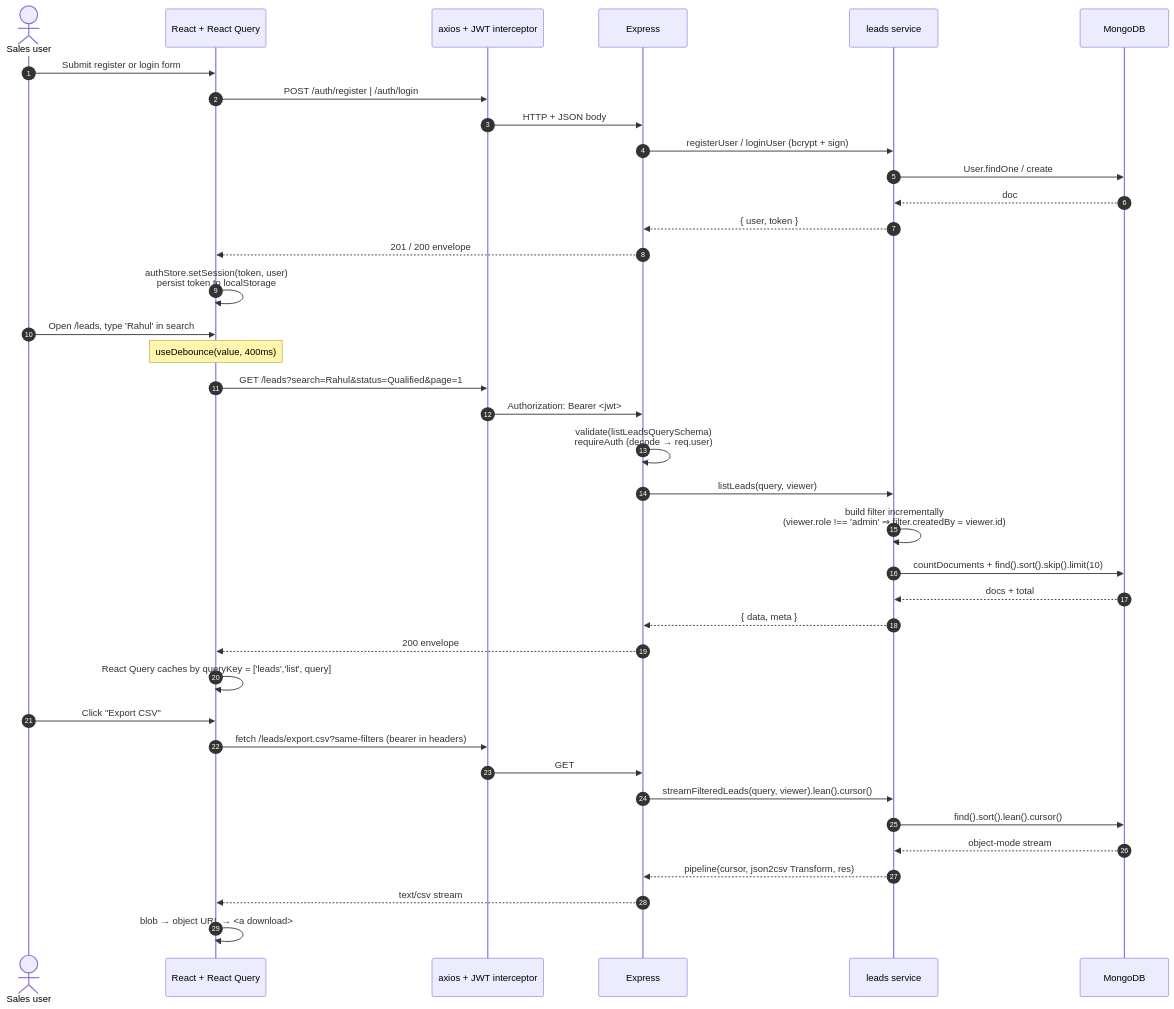
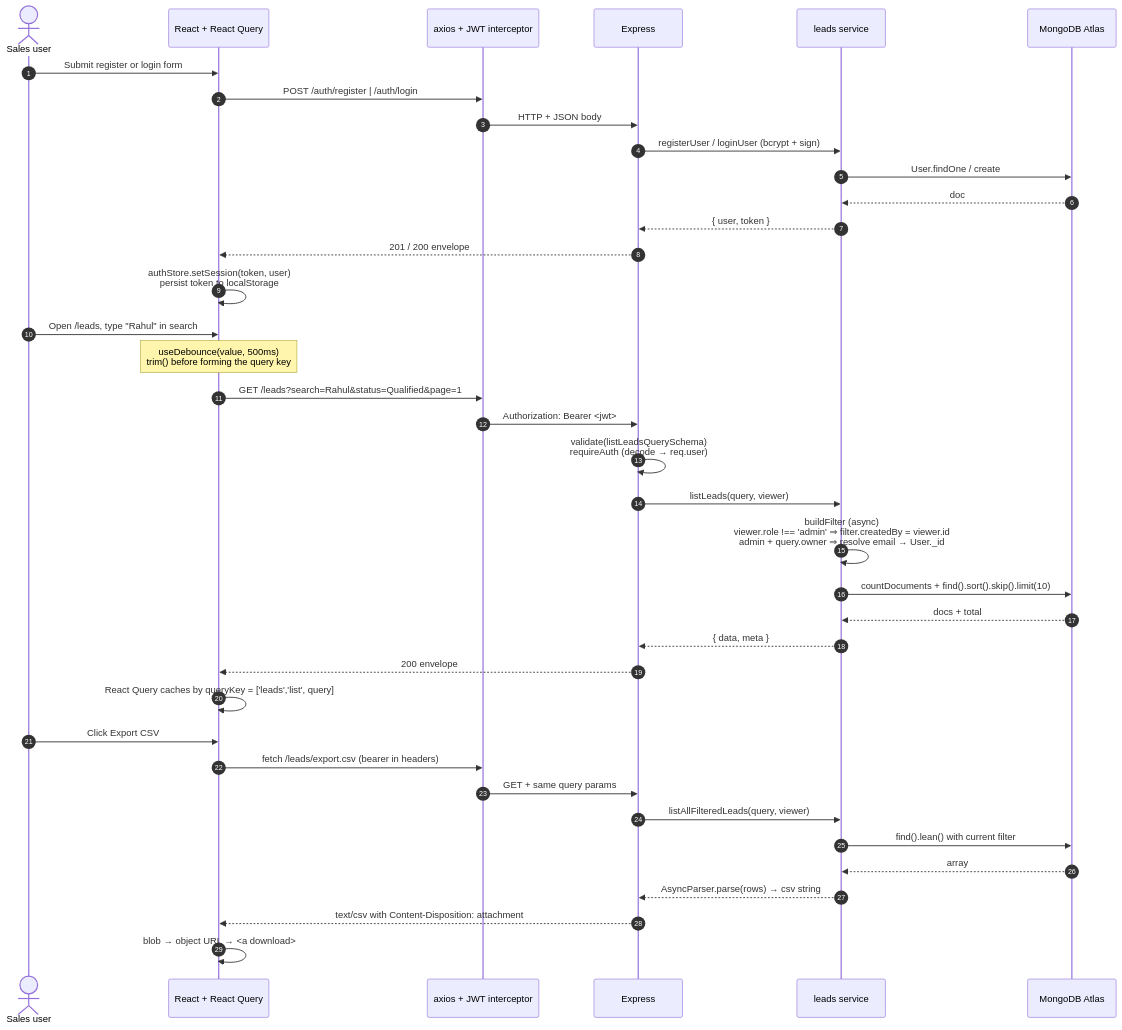
One commit to aaditya09750/Leadsrack changed the third of 6 diagrams in ARCHITECTURE.md. Above: the diagram before and after it, drawn with Mermaid. The commit also changed other lines of this file and 5 other files, not shown here.

````diff
--- a/ARCHITECTURE.md
+++ b/ARCHITECTURE.md
@@ -54,43 +56,43 @@
 ```mermaid
 sequenceDiagram
   autonumber
   actor S as Sales user
   participant UI as React + React Query
   participant AX as axios + JWT interceptor
   participant API as Express
   participant SVC as leads service
-  participant DB as MongoDB
+  participant DB as MongoDB Atlas
 
   S->>UI: Submit register or login form
   UI->>AX: POST /auth/register | /auth/login
   AX->>API: HTTP + JSON body
   API->>SVC: registerUser / loginUser (bcrypt + sign)
   SVC->>DB: User.findOne / create
   DB-->>SVC: doc
   SVC-->>API: { user, token }
   API-->>UI: 201 / 200 envelope
   UI->>UI: authStore.setSession(token, user)<br/>persist token to localStorage
 
-  S->>UI: Open /leads, type 'Rahul' in search
-  Note over UI: useDebounce(value, 400ms)
+  S->>UI: Open /leads, type "Rahul" in search
+  Note over UI: useDebounce(value, 500ms)<br/>trim() before forming the query key
   UI->>AX: GET /leads?search=Rahul&status=Qualified&page=1
   AX->>API: Authorization: Bearer <jwt>
   API->>API: validate(listLeadsQuerySchema)<br/>requireAuth (decode → req.user)
   API->>SVC: listLeads(query, viewer)
-  SVC->>SVC: build filter incrementally<br/>(viewer.role !== 'admin' ⇒ filter.createdBy = viewer.id)
+  SVC->>SVC: buildFilter (async)<br/>viewer.role !== 'admin' ⇒ filter.createdBy = viewer.id<br/>admin + query.owner ⇒ resolve email → User._id
   SVC->>DB: countDocuments + find().sort().skip().limit(10)
   DB-->>SVC: docs + total
   SVC-->>API: { data, meta }
   API-->>UI: 200 envelope
   UI->>UI: React Query caches by queryKey = ['leads','list', query]
 
-  S->>UI: Click "Export CSV"
-  UI->>AX: fetch /leads/export.csv?same-filters (bearer in headers)
-  AX->>API: GET
-  API->>SVC: streamFilteredLeads(query, viewer).lean().cursor()
-  SVC->>DB: find().sort().lean().cursor()
-  DB-->>SVC: object-mode stream
-  SVC-->>API: pipeline(cursor, json2csv Transform, res)
-  API-->>UI: text/csv stream
+  S->>UI: Click Export CSV
+  UI->>AX: fetch /leads/export.csv (bearer in headers)
+  AX->>API: GET + same query params
+  API->>SVC: listAllFilteredLeads(query, viewer)
+  SVC->>DB: find().lean() with current filter
+  DB-->>SVC: array
+  SVC-->>API: AsyncParser.parse(rows) → csv string
+  API-->>UI: text/csv with Content-Disposition: attachment
   UI->>UI: blob → object URL → <a download>
 ```
````
